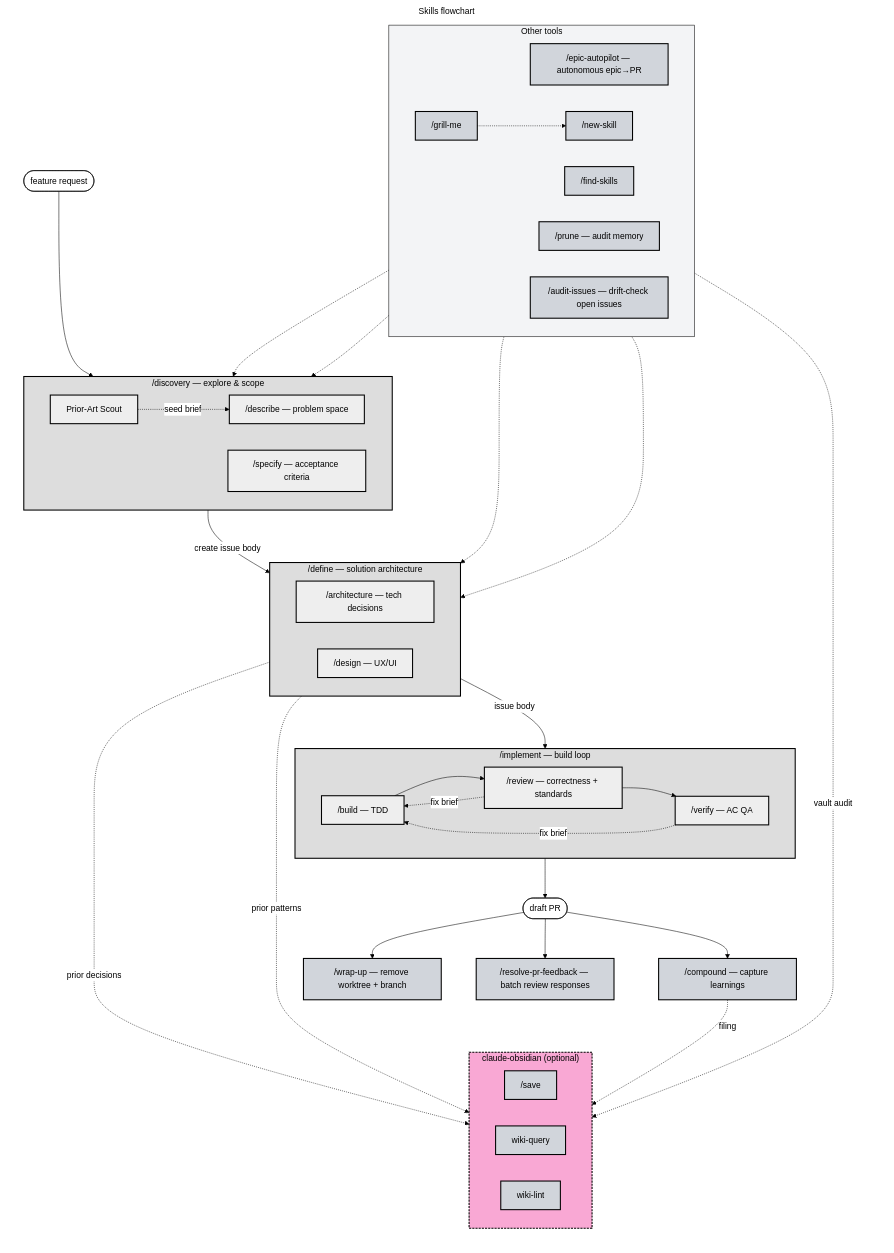
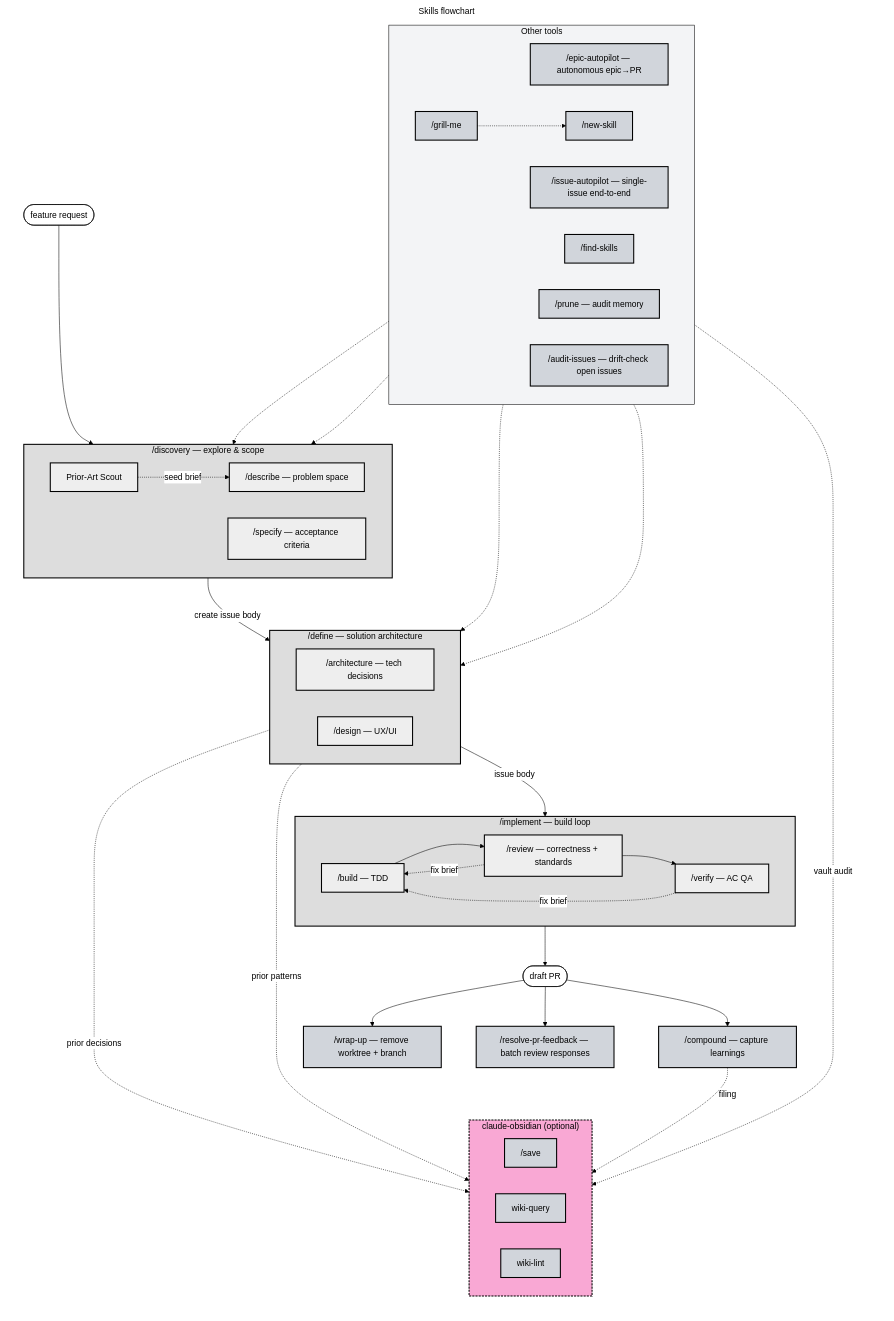
One commit to misiekhardcore/claude-workflow changed the diagram in README.md. Above: the diagram before and after it, drawn with Mermaid. The commit also changed other lines of this file and 9 other files, not shown here.

First line of the commit message:
feat: add /ship skill — single-issue end-to-end pipeline (#95)

````diff
--- a/README.md
+++ b/README.md
@@ -5,78 +5,79 @@
 ```mermaid
 %%{init: {'theme':'base', 'themeVariables': {'background':'#000','primaryColor':'#ffffff','primaryTextColor':'#000000','primaryBorderColor':'#000000','lineColor':'#000000','textColor':'#000000','titleColor':'#000000','clusterBkg':'#f3f4f6','clusterBorder':'#000000','edgeLabelBackground':'#ffffff'}}}%%
 flowchart TB
     subgraph Canvas["Skills flowchart"]
         direction TB
         Start([feature request]) --> Discovery
 
         subgraph Discovery["/discovery — explore & scope"]
             direction LR
             D_Describe["/describe — problem space"]
             D_Specify["/specify — acceptance criteria"]
             D_Scout["Prior-Art Scout"]
             D_Scout -.seed brief.-> D_Describe
         end
 
         subgraph Define["/define — solution architecture"]
             direction LR
             Df_Arch["/architecture — tech decisions"]
             Df_Design["/design — UX/UI"]
         end
 
         subgraph Implement["/implement — build loop"]
             direction LR
             I_Build["/build — TDD"]
             I_Review["/review — correctness + standards"]
             I_Verify["/verify — AC QA"]
             I_Build --> I_Review --> I_Verify
             I_Verify -.fix brief.-> I_Build
             I_Review -.fix brief.-> I_Build
         end
 
         Discovery -->|create issue body| Define
         Define -->|issue body| Implement
         Implement --> PR([draft PR])
         PR --> Compound["/compound — capture learnings"]
         PR --> ResolvePR["/resolve-pr-feedback — batch review responses"]
         PR --> WrapUp["/wrap-up — remove worktree + branch"]
 
         subgraph Meta["Other tools"]
             direction LR
             EpicAutopilot["/epic-autopilot — autonomous epic→PR"]
+            IssueAutopilot["/issue-autopilot — single-issue end-to-end"]
             NewSkill["/new-skill"]
             FindSkills["/find-skills"]
             Prune["/prune — audit memory"]
             AuditIssues["/audit-issues — drift-check open issues"]
             GrillMe["/grill-me"]
         end
 
         GrillMe -.-> D_Describe
         GrillMe -.-> D_Specify
         GrillMe -.-> Df_Arch
         GrillMe -.-> Df_Design
         GrillMe -.-> NewSkill
 
         subgraph Obsidian["claude-obsidian (optional)"]
             direction LR
             Save["/save"]
             WikiQuery["wiki-query"]
             WikiLint["wiki-lint"]
         end
         Compound -. filing .-> Save
         Df_Arch -. prior patterns .-> WikiQuery
         Define -. prior decisions .-> WikiQuery
         Prune -. vault audit .-> WikiLint
     end
 
     classDef canvas fill:#ffffff,stroke:#ffffff,color:#000000
     classDef orch fill:#dddddd,stroke:#000000,stroke-width:2px,color:#000000
     classDef spec fill:#eeeeee,stroke:#000000,stroke-width:2px,color:#000000
     classDef prim fill:#a5b4fc,stroke:#000000,stroke-width:2px,color:#000000
     classDef meta fill:#d1d5db,stroke:#000000,stroke-width:2px,color:#000000
     classDef ext  fill:#f9a8d4,stroke:#000000,stroke-width:2px,stroke-dasharray:4 2,color:#000000
     class Canvas canvas
     class Discovery,Define,Implement orch
     class D_Describe,D_Specify,D_Scout,Df_Arch,Df_Design,I_Build,I_Review,I_Verify spec
-    class GrillMe,NewSkill,FindSkills,Prune,AuditIssues,WrapUp,Compound,ResolvePR,EpicAutopilot,Save,WikiQuery,WikiLint meta
+    class GrillMe,NewSkill,FindSkills,Prune,AuditIssues,WrapUp,Compound,ResolvePR,EpicAutopilot,IssueAutopilot,Save,WikiQuery,WikiLint meta
     class Obsidian ext
 ```
````
